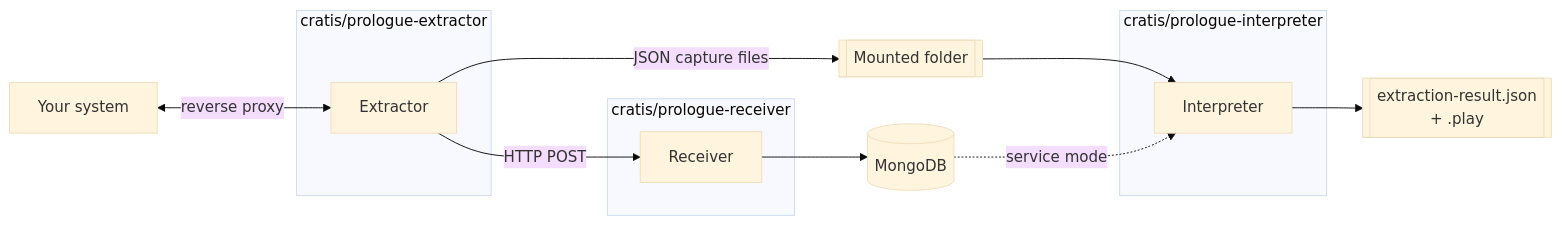
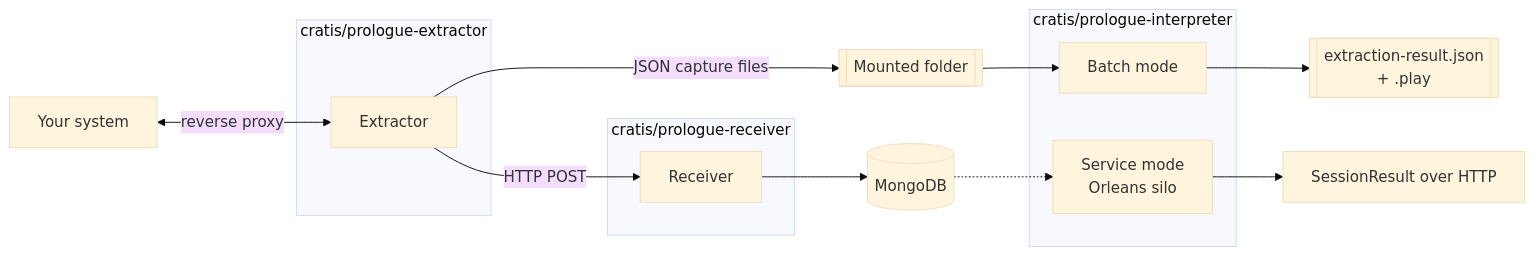
Before and after one commit to Cratis/Prologue: the first of 2 diagrams in Documentation/architecture.md, drawn with Mermaid (base theme). The commit also changed other lines of this file and 13 other files, not shown here.

````diff
--- a/Documentation/architecture.md
+++ b/Documentation/architecture.md
@@ -10,18 +13,18 @@
 ```mermaid
 flowchart LR
     subgraph "cratis/prologue-extractor"
         Ext["Extractor"]
     end
     subgraph "cratis/prologue-receiver"
         Rcv["Receiver"]
     end
     subgraph "cratis/prologue-interpreter"
-        Interp["Interpreter"]
+        Batch["Batch mode"]
+        Service["Service mode\nOrleans silo"]
     end
     Sys["Your system"] <-->|"reverse proxy"| Ext
     Ext -->|"JSON capture files"| Folder[["Mounted folder"]]
     Ext -->|"HTTP POST"| Rcv --> Mongo[("MongoDB")]
-    Folder --> Interp
-    Mongo -.->|"service mode"| Interp
-    Interp --> Output[["extraction-result.json\n+ .play"]]
+    Folder --> Batch --> Files[["extraction-result.json\n+ .play"]]
+    Mongo -.-> Service --> Api["SessionResult over HTTP"]
 ```
````
